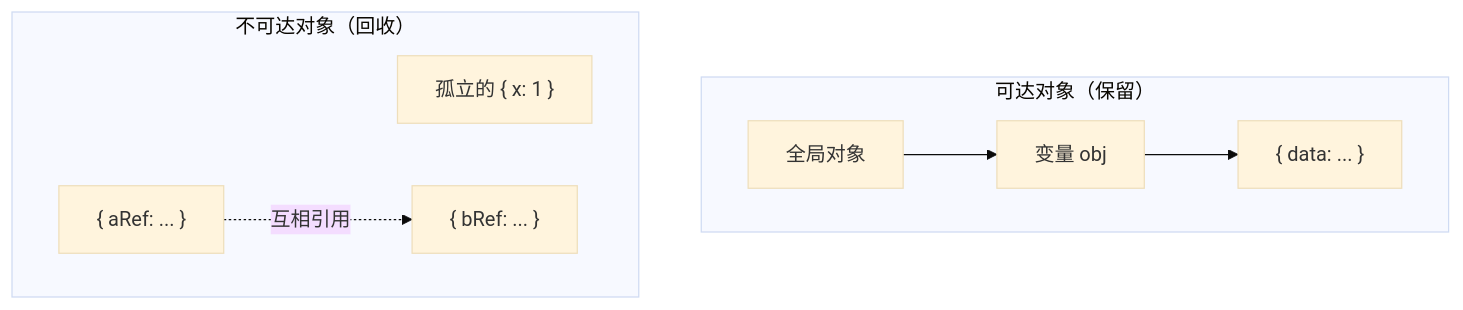
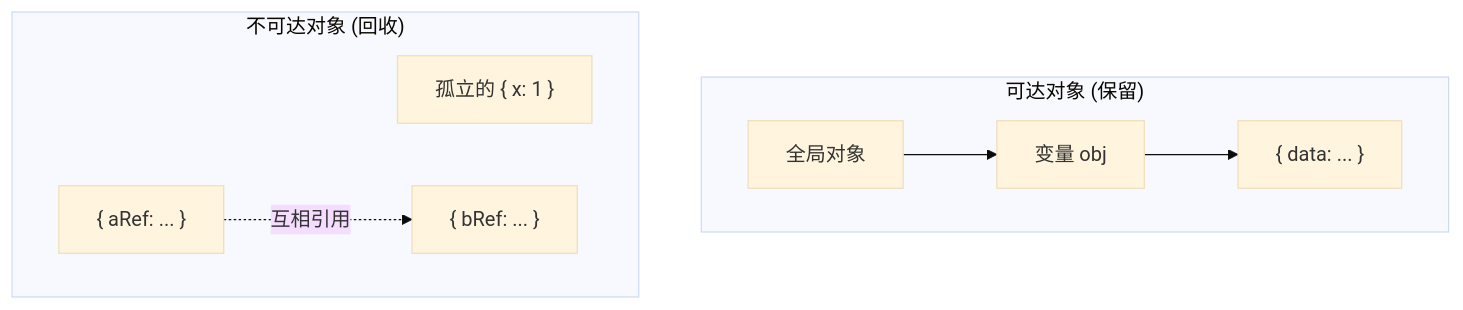
One commit to Tonite14/tonite14.github.io changed the second of 3 diagrams in _posts/2026-08-01-js-gc.md. Above: the diagram before and after it, drawn with Mermaid (base theme). The commit also changed other lines of this file and 1 other file, not shown here.

````diff
--- a/_posts/2026-08-01-js-gc.md
+++ b/_posts/2026-08-01-js-gc.md
@@ -88,13 +88,13 @@
 ```mermaid
-flowchart TD
-    subgraph "可达对象（保留）"
+graph TD
+    subgraph "可达对象 (保留)"
         R[全局对象] --> A[变量 obj]
         A --> B["{ data: ... }"]
     end
-    subgraph "不可达对象（回收）"
+    subgraph "不可达对象 (回收)"
         C["孤立的 { x: 1 }"] 
         D["{ aRef: ... }"]
         E["{ bRef: ... }"]
         D -.->|互相引用| E
     end
 ```
````
